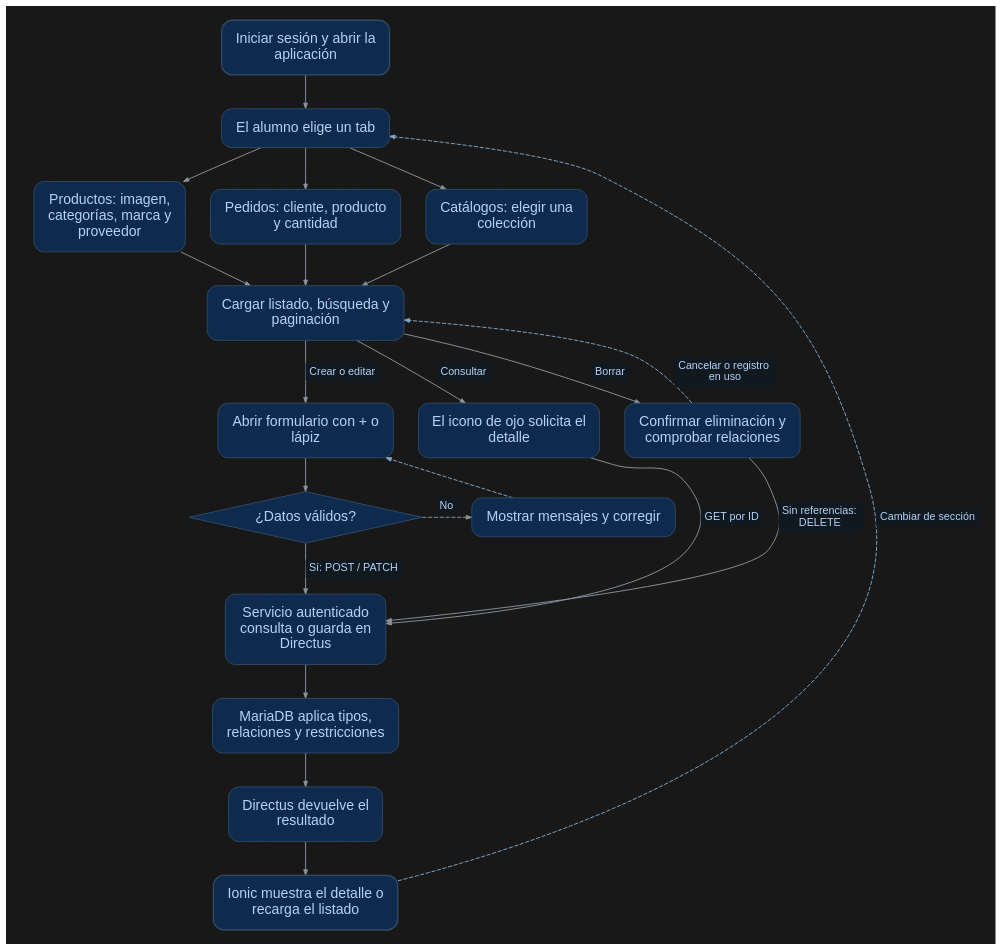
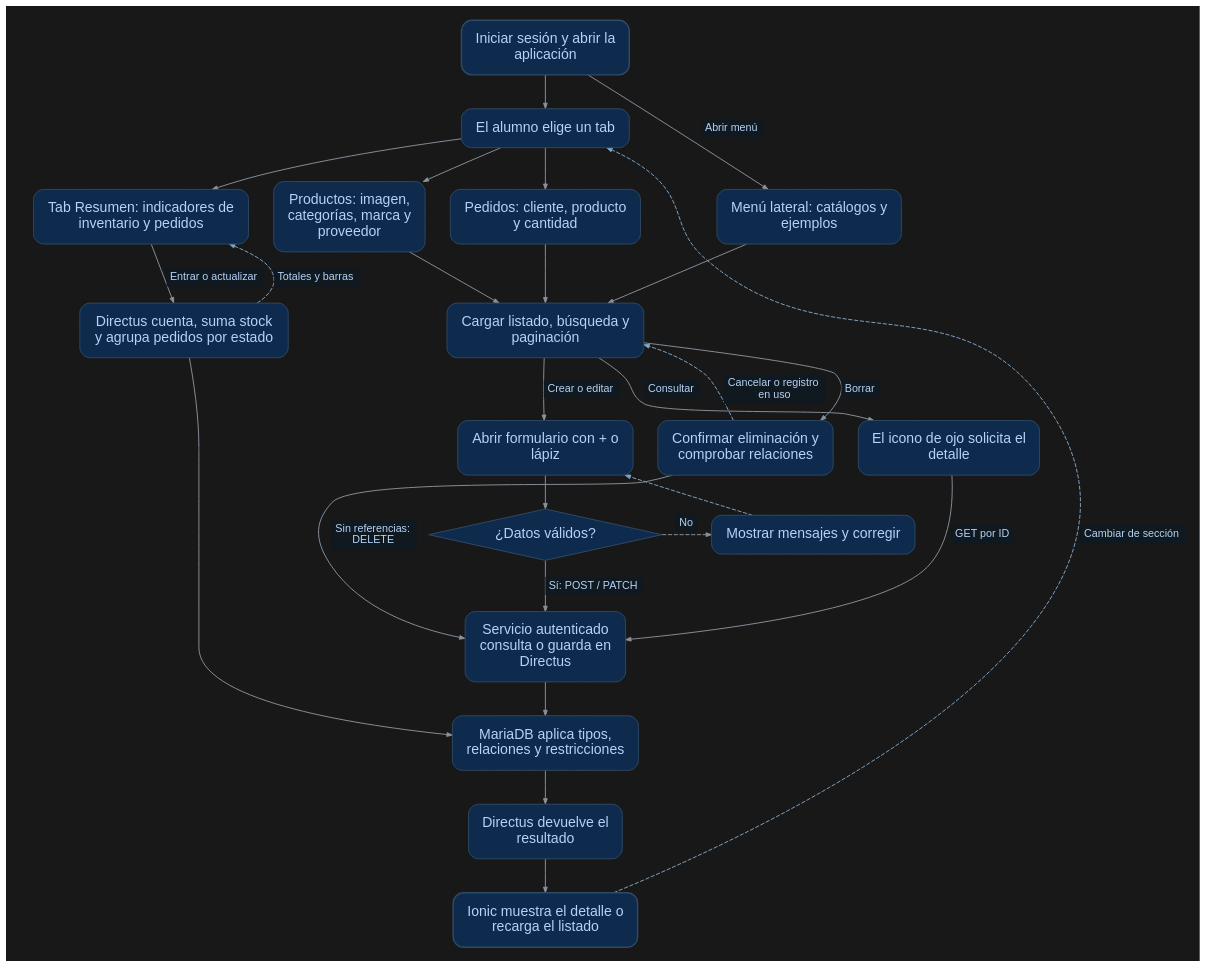
The diagram in docs/manuales/recursos/flujos/18-tabs.dot (JonathanDeLaCruz/docker_moviles), drawn with Graphviz before and after one commit. The commit also changed 39 other files, not shown here.

Commit message:
Mueve catálogos al menú y añade tab Resumen con indicadores

```diff
--- a/docs/manuales/recursos/flujos/18-tabs.dot
+++ b/docs/manuales/recursos/flujos/18-tabs.dot
@@ -1,44 +1,50 @@
 digraph Flujo {
   graph [rankdir=TB, bgcolor="#181818", pad="0.24", nodesep="0.42", ranksep="0.55", splines=spline, outputorder=edgesfirst];
   node [shape=box, style="rounded,filled", fillcolor="#0e2a4d", color="#304b67", fontcolor="#b5d3f6", fontname="Arial", fontsize=17, penwidth=1.15, margin="0.22,0.20"];
   edge [color="#89929c", fontcolor="#b5d3f6", fontname="Arial", fontsize=13, arrowsize=0.65, penwidth=1.15];
   entrar [label="Iniciar sesión y abrir la\naplicación", group=main, penwidth=1.7];
   tabs [label="El alumno elige un tab", group=main];
   productos [label="Productos: imagen,\ncategorías, marca y\nproveedor"];
   pedidos [label="Pedidos: cliente, producto\ny cantidad", group=main];
-  catalogos [label="Catálogos: elegir una\ncolección"];
+  catalogos [label="Menú lateral: catálogos y\nejemplos"];
   lista [label="Cargar listado, búsqueda y\npaginación", group=main];
   form [label="Abrir formulario con + o\nlápiz", group=main];
   detalle [label="El icono de ojo solicita el\ndetalle"];
   eliminar [label="Confirmar eliminación y\ncomprobar relaciones"];
   valido [label="¿Datos válidos?", group=main, shape=diamond, style=filled, margin="0.12,0.08"];
   corregir [label="Mostrar mensajes y corregir"];
   api [label="Servicio autenticado\nconsulta o guarda en\nDirectus", group=main];
   db [label="MariaDB aplica tipos,\nrelaciones y restricciones", group=main];
   respuesta [label="Directus devuelve el\nresultado", group=main];
   mostrar [label="Ionic muestra el detalle o\nrecarga el listado", group=main, penwidth=1.7];
-  subgraph cluster_row0 { style=invis; margin=8; {rank=same; productos; pedidos; catalogos;} }
+  resumen [label="Tab Resumen: indicadores de\ninventario y pedidos"];
+  agregados [label="Directus cuenta, suma stock\ny agrupa pedidos por estado"];
+  subgraph cluster_row0 { style=invis; margin=8; {rank=same; productos; pedidos; resumen;} }
   subgraph cluster_row1 { style=invis; margin=8; {rank=same; form; detalle; eliminar;} }
   subgraph cluster_row2 { style=invis; margin=8; {rank=same; valido; corregir;} }
   entrar -> tabs [weight=12];
   tabs -> productos;
   tabs -> pedidos [weight=12];
-  tabs -> catalogos;
   productos -> lista;
   pedidos -> lista [weight=12];
   catalogos -> lista;
   lista -> form [weight=12, label=<<TABLE BORDER="0" CELLBORDER="0" COLOR="#304b67" BGCOLOR="#101820" CELLPADDING="4" CELLSPACING="0" ><TR><TD>Crear o editar</TD></TR></TABLE>>];
   lista -> detalle [label=<<TABLE BORDER="0" CELLBORDER="0" COLOR="#304b67" BGCOLOR="#101820" CELLPADDING="4" CELLSPACING="0" ><TR><TD>Consultar</TD></TR></TABLE>>];
   lista -> eliminar [label=<<TABLE BORDER="0" CELLBORDER="0" COLOR="#304b67" BGCOLOR="#101820" CELLPADDING="4" CELLSPACING="0" ><TR><TD>Borrar</TD></TR></TABLE>>];
   form -> valido [weight=12];
   valido -> corregir [label=<<TABLE BORDER="0" CELLBORDER="0" COLOR="#304b67" BGCOLOR="#101820" CELLPADDING="4" CELLSPACING="0" ><TR><TD>No</TD></TR></TABLE>>, style=dashed];
   corregir -> form [constraint=false, style=dashed, color="#80a6c9"];
   valido -> api [weight=12, label=<<TABLE BORDER="0" CELLBORDER="0" COLOR="#304b67" BGCOLOR="#101820" CELLPADDING="4" CELLSPACING="0" ><TR><TD>Sí: POST / PATCH</TD></TR></TABLE>>];
   detalle -> api [label=<<TABLE BORDER="0" CELLBORDER="0" COLOR="#304b67" BGCOLOR="#101820" CELLPADDING="4" CELLSPACING="0" ><TR><TD>GET por ID</TD></TR></TABLE>>];
   api -> db [weight=12];
   db -> respuesta [weight=12];
   respuesta -> mostrar [weight=12];
   mostrar -> tabs [label=<<TABLE BORDER="0" CELLBORDER="0" COLOR="#304b67" BGCOLOR="#101820" CELLPADDING="4" CELLSPACING="0" ><TR><TD>Cambiar de sección</TD></TR></TABLE>>, constraint=false, style=dashed, color="#80a6c9"];
   eliminar -> api [label=<<TABLE BORDER="0" CELLBORDER="0" COLOR="#304b67" BGCOLOR="#101820" CELLPADDING="4" CELLSPACING="0" ><TR><TD>Sin referencias:<BR/>DELETE</TD></TR></TABLE>>];
   eliminar -> lista [label=<<TABLE BORDER="0" CELLBORDER="0" COLOR="#304b67" BGCOLOR="#101820" CELLPADDING="4" CELLSPACING="0" ><TR><TD>Cancelar o registro<BR/>en uso</TD></TR></TABLE>>, constraint=false, style=dashed, color="#80a6c9"];
+  entrar -> catalogos [label=<<TABLE BORDER="0" CELLBORDER="0" COLOR="#304b67" BGCOLOR="#101820" CELLPADDING="4" CELLSPACING="0" ><TR><TD>Abrir menú</TD></TR></TABLE>>];
+  tabs -> resumen;
+  resumen -> agregados [label=<<TABLE BORDER="0" CELLBORDER="0" COLOR="#304b67" BGCOLOR="#101820" CELLPADDING="4" CELLSPACING="0" ><TR><TD>Entrar o actualizar</TD></TR></TABLE>>];
+  agregados -> db;
+  agregados -> resumen [label=<<TABLE BORDER="0" CELLBORDER="0" COLOR="#304b67" BGCOLOR="#101820" CELLPADDING="4" CELLSPACING="0" ><TR><TD>Totales y barras</TD></TR></TABLE>>, constraint=false, style=dashed, color="#80a6c9"];
 }
```
